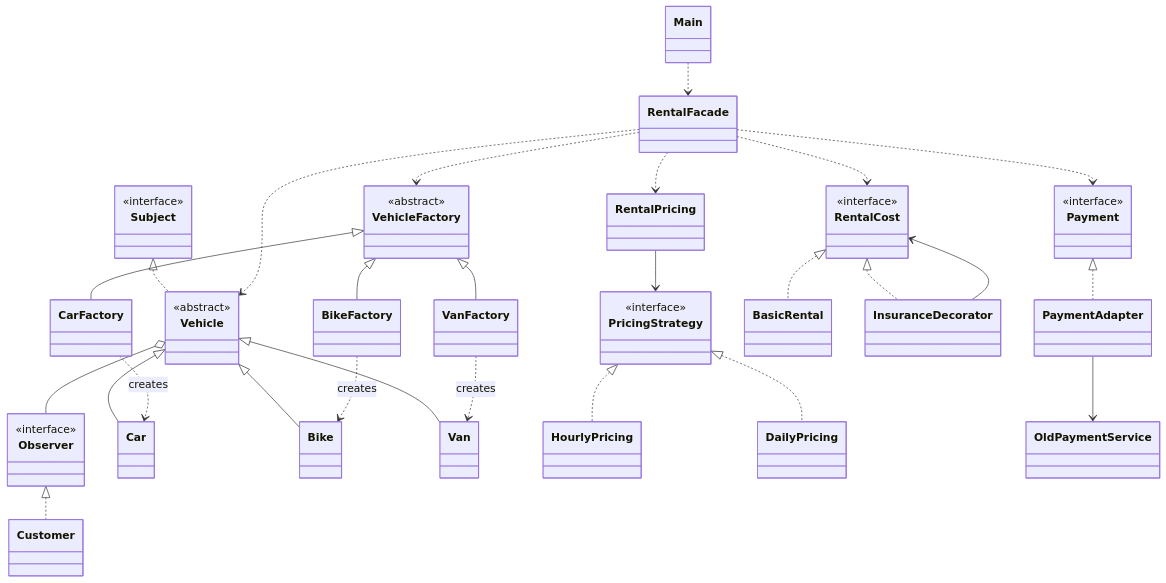
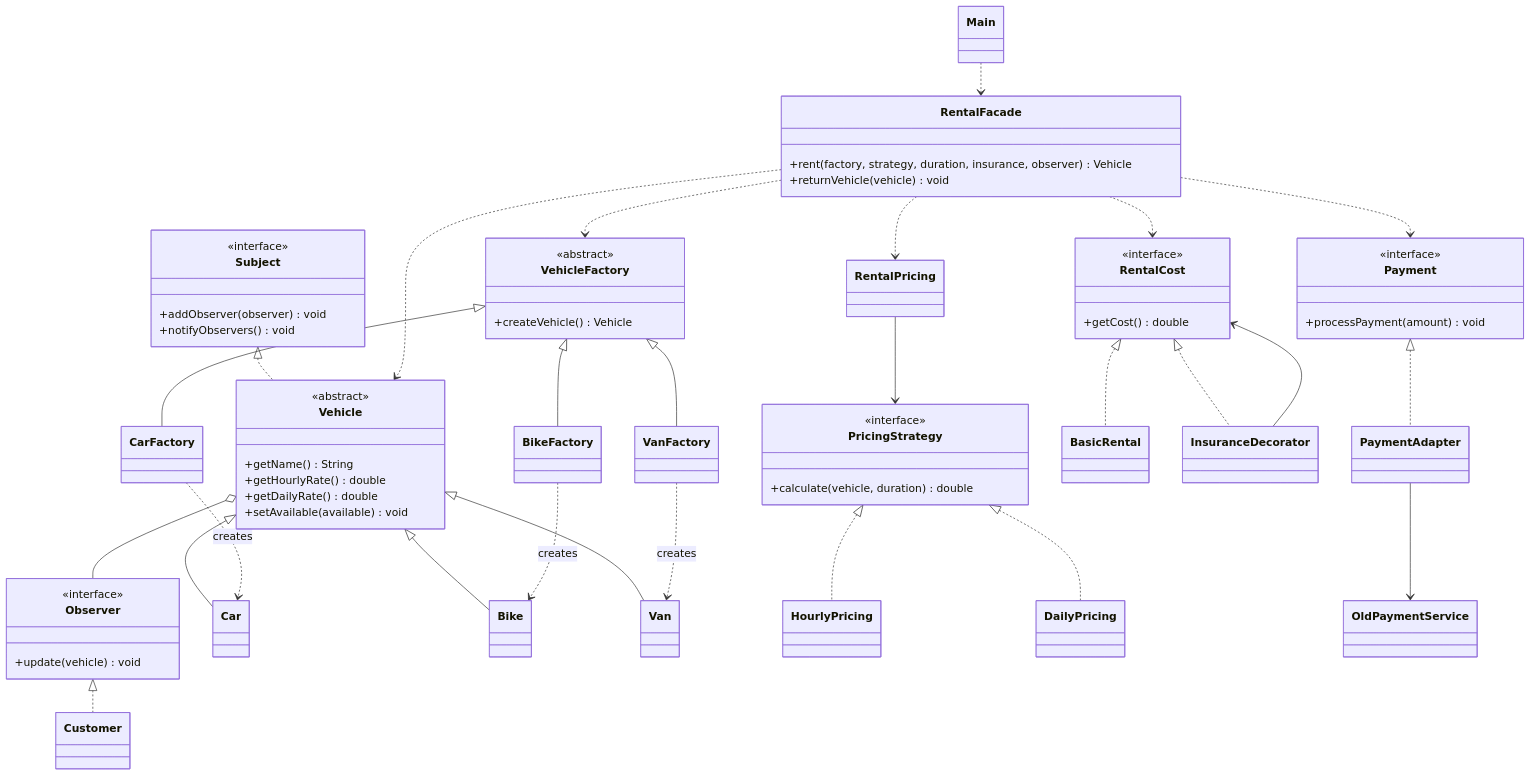
Before and after one commit to Nurgissa17/Vehicle-Rental-Service: the first of 2 diagrams in README.md, drawn with Mermaid. The commit also changed other lines of this file, not shown here.

````diff
--- a/README.md
+++ b/README.md
@@ -27,56 +27,71 @@
 ```mermaid
 classDiagram
     class Vehicle {
         <<abstract>>
+        +getName() String
+        +getHourlyRate() double
+        +getDailyRate() double
+        +setAvailable(available) void
     }
     class VehicleFactory {
         <<abstract>>
+        +createVehicle() Vehicle
     }
     class PricingStrategy {
         <<interface>>
+        +calculate(vehicle, duration) double
     }
     class Subject {
         <<interface>>
+        +addObserver(observer) void
+        +notifyObservers() void
     }
     class Observer {
         <<interface>>
+        +update(vehicle) void
     }
     class RentalCost {
         <<interface>>
+        +getCost() double
     }
     class Payment {
         <<interface>>
+        +processPayment(amount) void
+    }
+    class RentalFacade {
+        +rent(factory, strategy, duration, insurance, observer) Vehicle
+        +returnVehicle(vehicle) void
     }
 
     Vehicle <|-- Car
     Vehicle <|-- Bike
     Vehicle <|-- Van
     VehicleFactory <|-- CarFactory
     VehicleFactory <|-- BikeFactory
     VehicleFactory <|-- VanFactory
     CarFactory ..> Car : creates
     BikeFactory ..> Bike : creates
     VanFactory ..> Van : creates
 
     Subject <|.. Vehicle
     Observer <|.. Customer
     Vehicle o-- Observer
 
     PricingStrategy <|.. HourlyPricing
     PricingStrategy <|.. DailyPricing
     RentalPricing --> PricingStrategy
 
     RentalCost <|.. BasicRental
     RentalCost <|.. InsuranceDecorator
     InsuranceDecorator --> RentalCost
 
     Payment <|.. PaymentAdapter
     PaymentAdapter --> OldPaymentService
 
     Main ..> RentalFacade
     RentalFacade ..> VehicleFactory
     RentalFacade ..> RentalPricing
     RentalFacade ..> RentalCost
     RentalFacade ..> Payment
     RentalFacade ..> Vehicle
 ```
````
